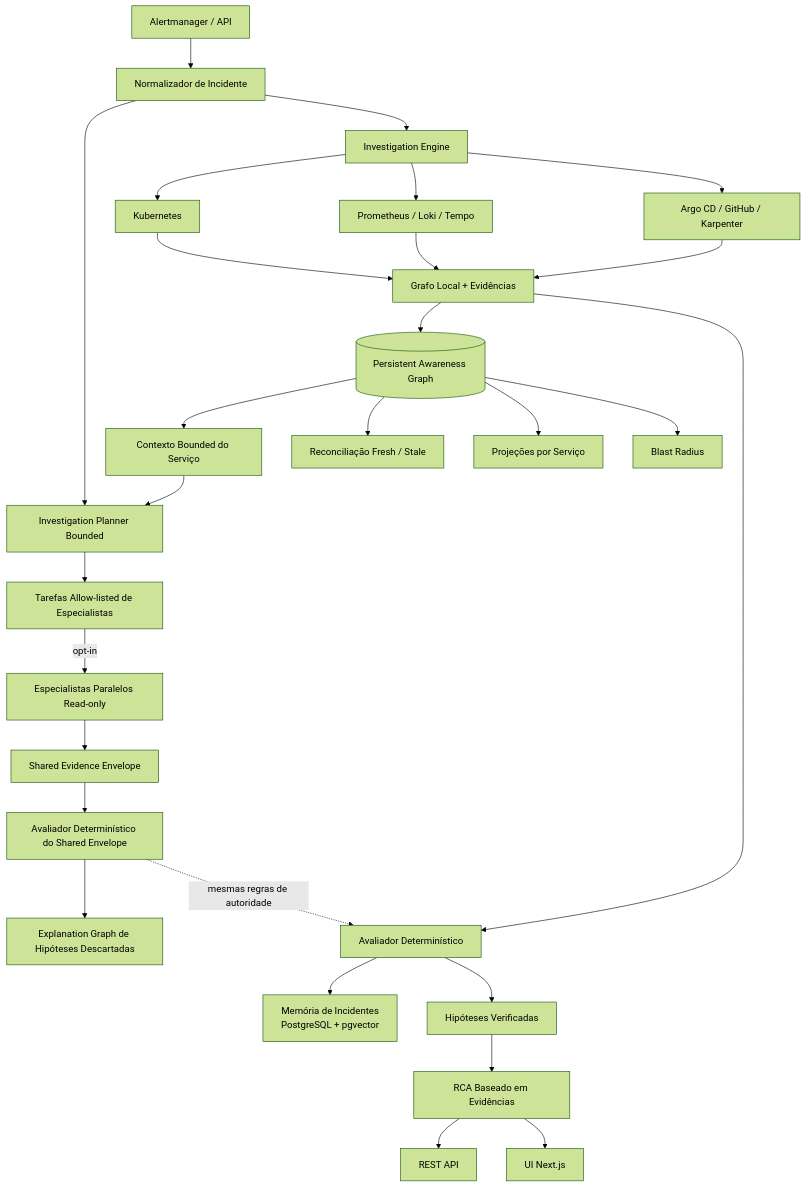
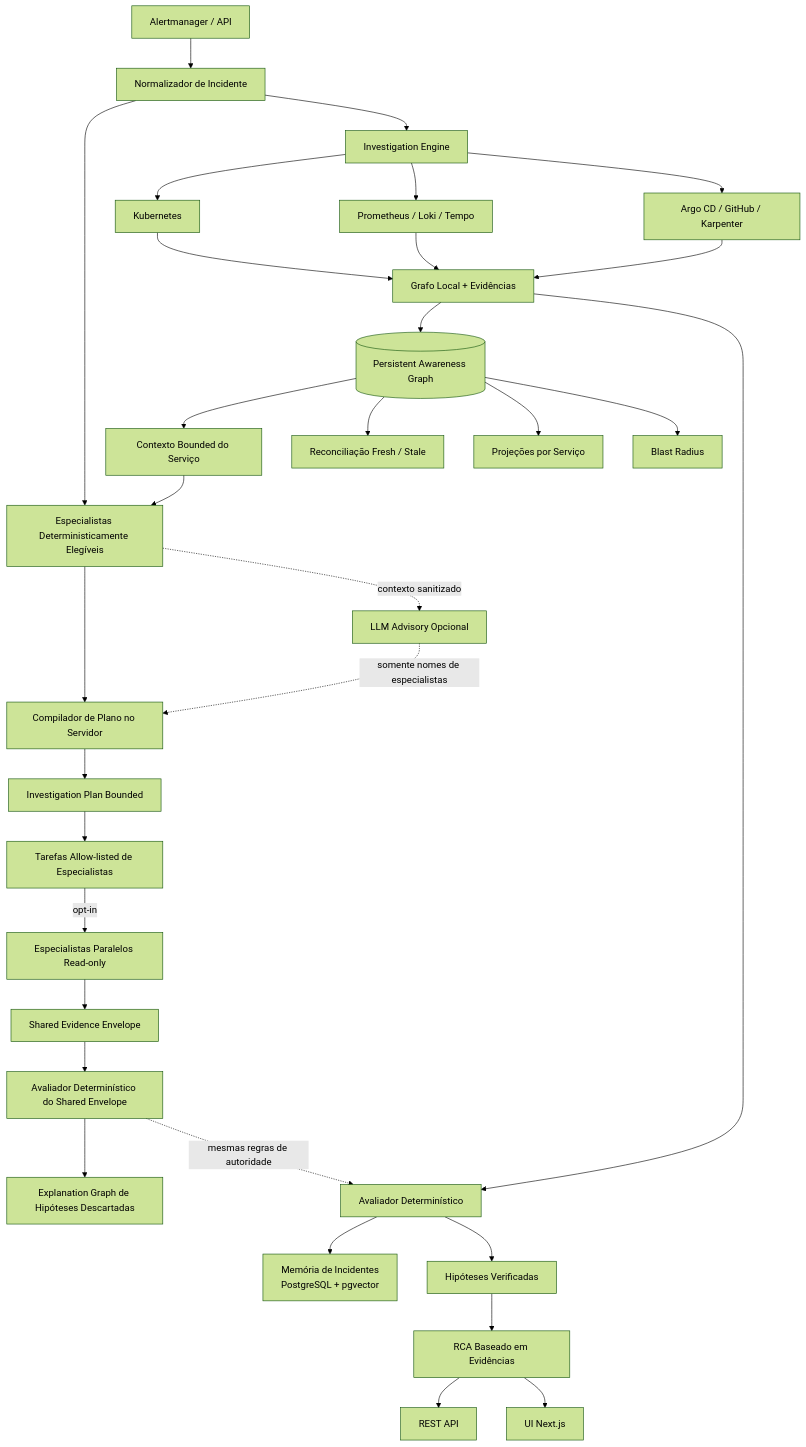
Before and after one commit to marcocristofolini/ai-sre-rca: the first of 7 diagrams in README_PT-BR.md, drawn with Mermaid (forest theme).

Commit message:
docs: draw model planner compiler boundary

````diff
--- a/README_PT-BR.md
+++ b/README_PT-BR.md
@@ -119,34 +119,38 @@
 ```mermaid
 flowchart TD
     A[Alertmanager / API] --> N[Normalizador de Incidente]
-    N --> P[Investigation Planner Bounded]
+    N --> EL[Especialistas Deterministicamente Elegíveis]
     N --> E[Investigation Engine]
 
     G[(Persistent Awareness Graph)] --> C[Contexto Bounded do Serviço]
-    C --> P
+    C --> EL
+    EL --> PC[Compilador de Plano no Servidor]
+    EL -. contexto sanitizado .-> ADV[LLM Advisory Opcional]
+    ADV -. somente nomes de especialistas .-> PC
+    PC --> P[Investigation Plan Bounded]
     P --> T[Tarefas Allow-listed de Especialistas]
     T -->|opt-in| X[Especialistas Paralelos Read-only]
     X --> SE[Shared Evidence Envelope]
     SE --> V[Avaliador Determinístico do Shared Envelope]
     V --> EG[Explanation Graph de Hipóteses Descartadas]
 
     E --> K[Kubernetes]
     E --> O[Prometheus / Loki / Tempo]
     E --> CH[Argo CD / GitHub / Karpenter]
     K --> L[Grafo Local + Evidências]
     O --> L
     CH --> L
 
     L --> G
     G --> R[Reconciliação Fresh / Stale]
     G --> S[Projeções por Serviço]
     G --> B[Blast Radius]
 
     L --> D[Avaliador Determinístico]
     V -. mesmas regras de autoridade .-> D
     D --> M[Memória de Incidentes<br/>PostgreSQL + pgvector]
     D --> H[Hipóteses Verificadas]
     H --> RCA[RCA Baseado em Evidências]
     RCA --> API[REST API]
     RCA --> UI[UI Next.js]
 ```
````
